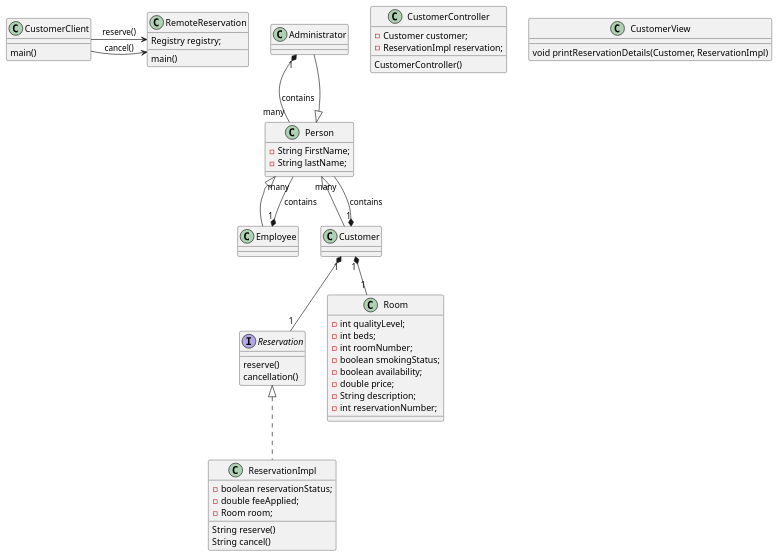
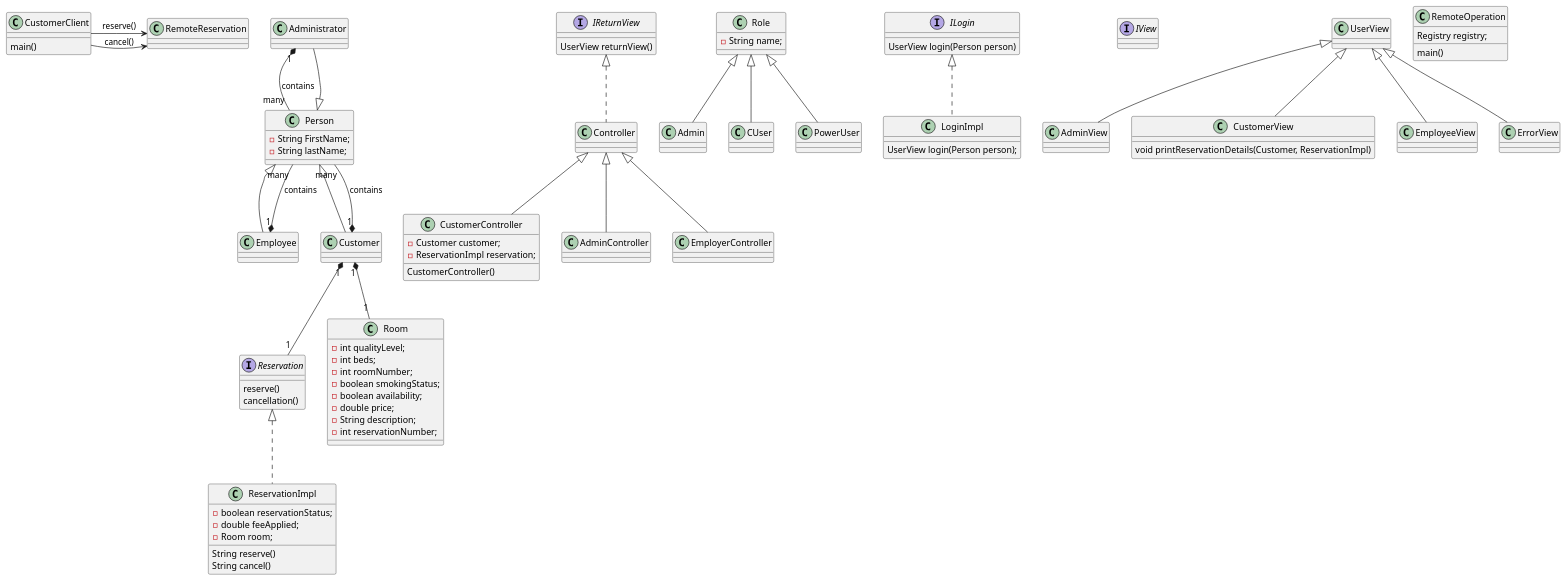
The diagram in src/HotelSequence.puml (sdliv/hotelRservations), drawn with PlantUML before and after one commit. The commit also changed 4 other files, not shown here.

Commit message:
Updates Hotel class diagram.  HotelSequence.png contains the updated class diagram. README.md has been updated with a new outline describing the Authorization flow.

```diff
--- a/src/HotelSequence.puml
+++ b/src/HotelSequence.puml
@@ -1,70 +1,134 @@
 @startuml
 
 class Administrator extends Person {
 
 }
 
 class Person {
   -String FirstName;
   -String lastName;
 }
 
+class Controller implements IReturnView {
+
+}
+
+class Role {
+  -String name;
+}
+
+class Admin extends Role {
+
+}
+class CUser extends Role {
+
+}
+
+class PowerUser extends Role {
+
+}
+
+interface ILogin {
+  UserView login(Person person)
+}
+
+interface IView {
+}
+
+interface IReturnView {
+  UserView returnView()
+}
+
+interface Reservation {
+  reserve()
+  cancellation()
+}
+
+class CustomerController extends Controller {
+  - Customer customer;
+  - ReservationImpl reservation;
+  CustomerController()
+}
+
+class AdminController extends Controller {
+
+}
+
+class EmployerController extends Controller {
+
+}
+
 class Employee extends Person {
 }
 
 class Customer extends Person {
 
 }
 
-interface Reservation {
-  reserve()
-  cancellation()
+class AdminView extends UserView {
+
+}
+
+class CustomerView extends UserView {
+
+}
+
+class EmployeeView extends UserView {
+
+}
+
+class ErrorView extends UserView {
+
+}
+
+class UserView {
+
+}
+
+class LoginImpl implements ILogin {
+  UserView login(Person person);
 }
 
 class Room {
   -int qualityLevel;
   -int beds;
   -int roomNumber;
   -boolean smokingStatus;
   -boolean availability;
   -double price;
   -String description;
   -int reservationNumber;
 }
 
 class ReservationImpl implements Reservation {
   -boolean reservationStatus;
   -double feeApplied;
   -Room room;
   String reserve()
   String cancel()
 }
 
-class RemoteReservation {
+class RemoteOperation {
   Registry registry;
   main()
 }
 
-class CustomerController {
-  - Customer customer;
-  - ReservationImpl reservation;
-  CustomerController()
-}
+
 
 class CustomerClient {
   main()
 }
 
 class CustomerView {
   void printReservationDetails(Customer, ReservationImpl)
 }
 
 
 CustomerClient -> RemoteReservation: reserve()
 CustomerClient -> RemoteReservation: cancel()
 Administrator "1" *-- "many" Person : contains
 Employee "1" *-- "many" Person : contains
 Customer "1" *-- "many" Person : contains
 Customer "1" *-- "1" Room
 Customer "1" *-- "1" Reservation
 @enduml
```
